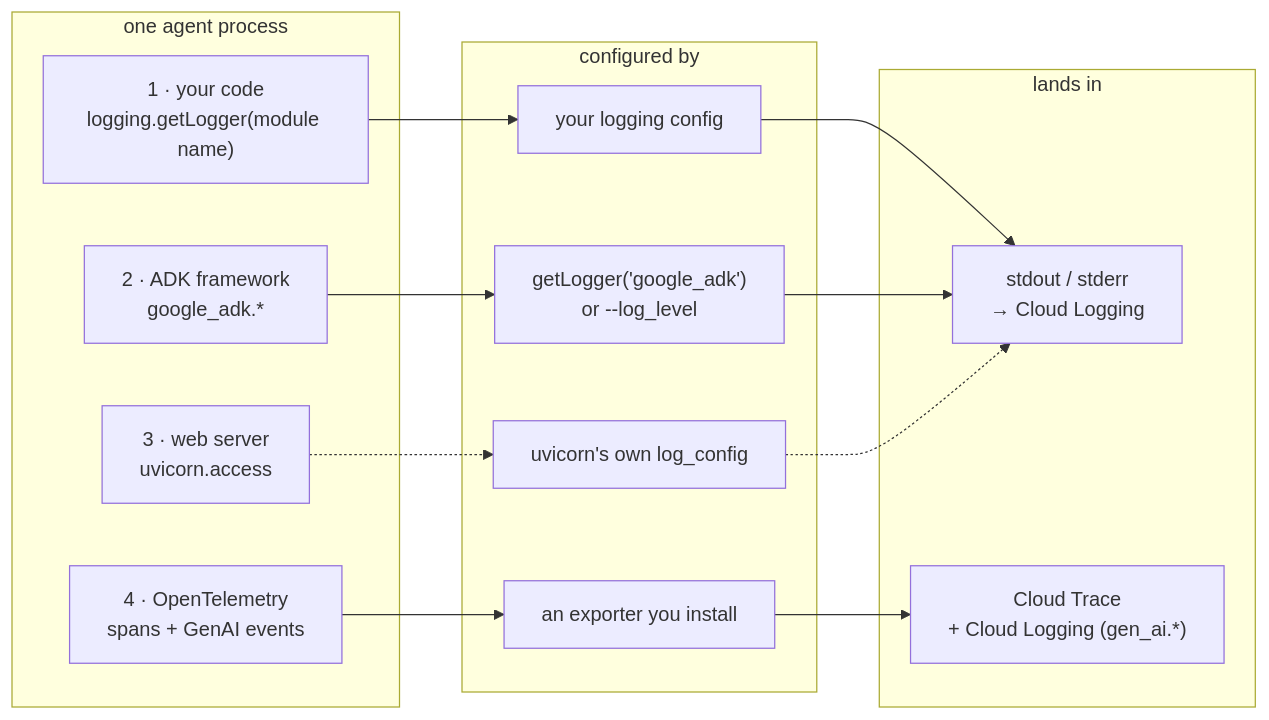
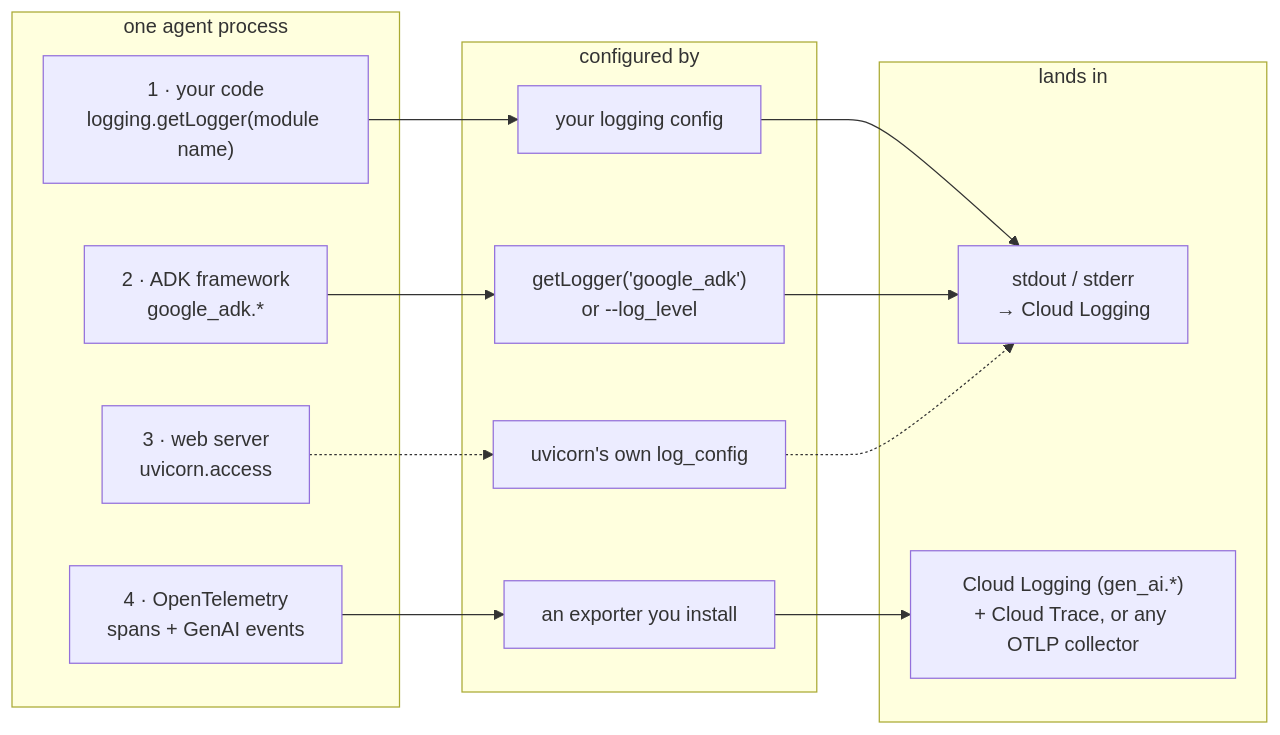
The first of 2 diagrams in ai/adk/logging/TUTORIAL.md (roitraining/gcp-demos), drawn with Mermaid before and after one commit. The commit also changed other lines of this file and 1 other file, not shown here.

Commit message:
Cross-references and link check for Part 5/6 rewrite (stage 8)
Align the index, mermaid diagram, and contents row with the shipped Part 5:
- TUTORIAL.md Part 5 contents row: was "GenAI spans to Cloud Trace"; now
  describes the logging-focused sections (gen_ai.* events read back from Cloud
  Logging across the five run targets) + the content knob.
- Stream-4 "lands in" node: lead with Cloud Logging (gen_ai.*), then Cloud Trace
  or any OTLP collector.

Verified: 0 broken relative links across the tutorial; cross-ref grep shows only
intended hits (all example refs point at 08_otel_server.py, no stale
08_otel_cloud); the four new external reference links return 200; decision-table
rows consistent with the shipped Part 5/6. Marks all 8 stages done in the plan.

````diff
--- a/ai/adk/logging/TUTORIAL.md
+++ b/ai/adk/logging/TUTORIAL.md
@@ -25,23 +25,23 @@
 ```mermaid
 flowchart LR
   subgraph proc["one agent process"]
     s1["1 · your code<br/>logging.getLogger(module name)"]
     s2["2 · ADK framework<br/>google_adk.*"]
     s3["3 · web server<br/>uvicorn.access"]
     s4["4 · OpenTelemetry<br/>spans + GenAI events"]
   end
   subgraph cfg["configured by"]
     c1["your logging config"]
     c2["getLogger('google_adk')<br/>or --log_level"]
     c3["uvicorn's own log_config"]
     c4["an exporter you install"]
   end
   subgraph dst["lands in"]
     d1["stdout / stderr<br/>→ Cloud Logging"]
-    d2["Cloud Trace<br/>+ Cloud Logging (gen_ai.*)"]
+    d2["Cloud Logging (gen_ai.*)<br/>+ Cloud Trace, or any OTLP collector"]
   end
   s1 --> c1 --> d1
   s2 --> c2 --> d1
   s3 -.-> c3 -.-> d1
   s4 --> c4 --> d2
 ```
````
